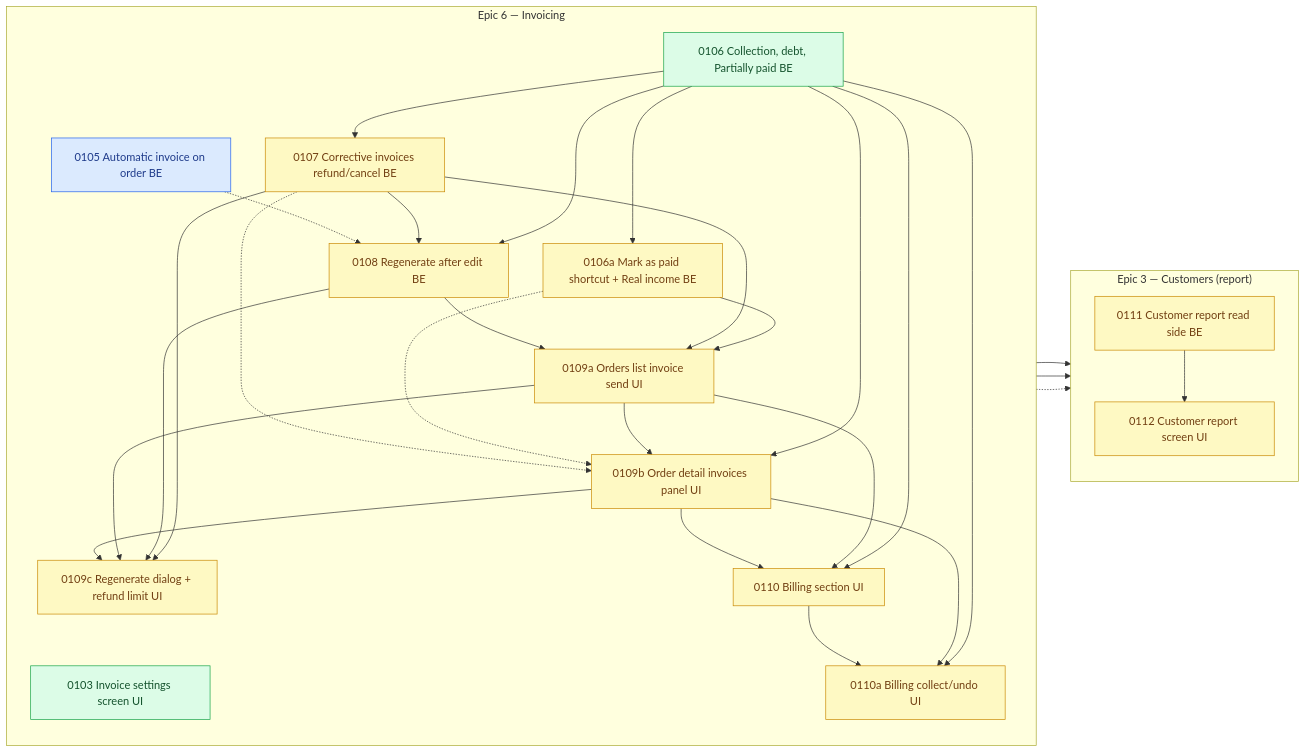
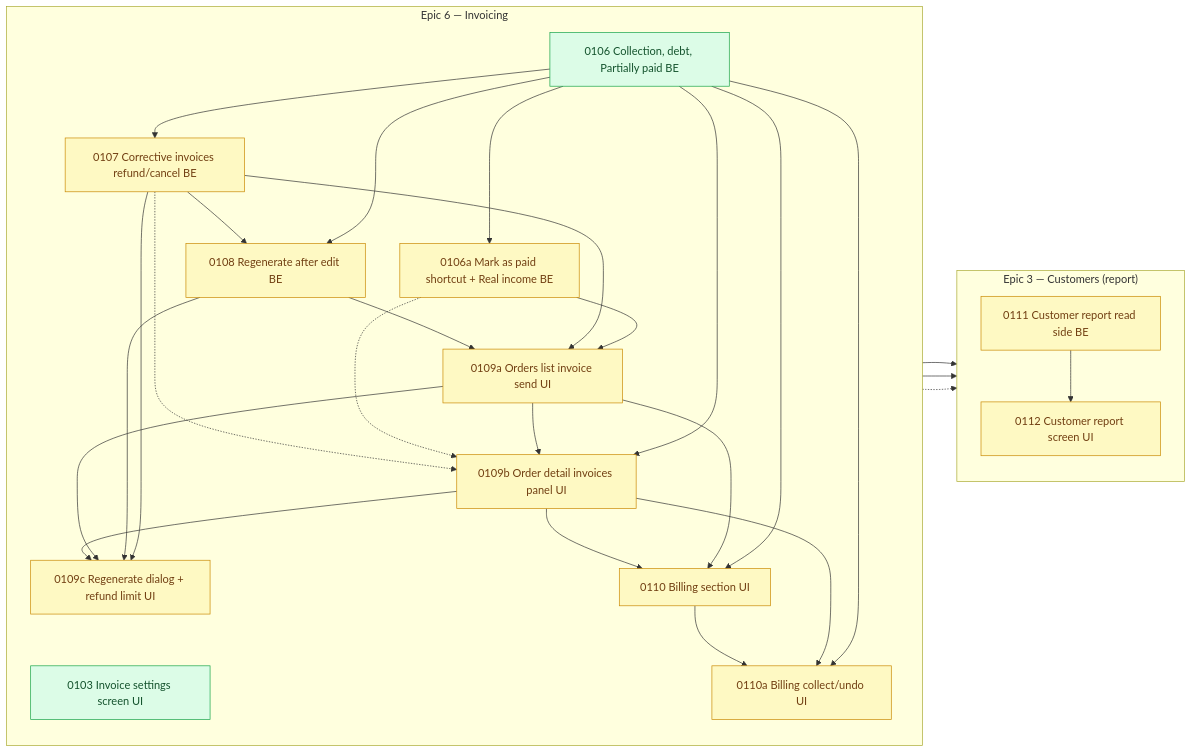
One commit to shojen/AI4Devs-finalproject changed the diagram in arospe/ai-spec/tasks-map.md. Above: the diagram before and after it, drawn with Mermaid. The commit also changed other lines of this file and 7 other files, not shown here.

````diff
--- a/arospe/ai-spec/tasks-map.md
+++ b/arospe/ai-spec/tasks-map.md
@@ -773,7 +776,6 @@
     subgraph PEND_INVOICING["Epic 6 — Invoicing"]
         direction TB
         P0103["0103 Invoice settings screen UI"]
-        P0105["0105 Automatic invoice on order BE"]
         P0106["0106 Collection, debt, Partially paid BE"]
         P0106a["0106a Mark as paid shortcut + Real income BE"]
         P0107["0107 Corrective invoices refund/cancel BE"]
@@ -814,7 +816,7 @@
     P0106 --> P0112
     P0111 --> P0112
     %% Dashed = related, not blocking: 0108 closes 0105's stale-totals limitation; 0111 agrees with 0106a's Real income; 0109b sits next to 0106a's payment line and shows 0107's cancel rules.
-    P0105 -.-> P0108
+    %% (P0105 -.-> P0108 dropped: 0105 closed to done/ 2026-11-21.)
     P0106a -.-> P0111
     P0106a -.-> P0109b
     P0107 -.-> P0109b
@@ -822,6 +824,5 @@
     %% (P0104 --> P0105/P0109a/P0109b/P0110 dropped: 0104 closed to done/ 2026-11-19; 0105 is now ready, no node is `claimed`.)
     %% (P0102 --> P0103/P0104/P0109b/P0110 dropped: 0102 closed to done/ 2026-11-19; 0103 and 0104 are now ready.)
     class P0103,P0106 ready;
-    class P0105 claimed;
     class P0106a,P0107,P0108,P0109a,P0109b,P0109c,P0110,P0110a,P0111,P0112 pending;
 ```
````
